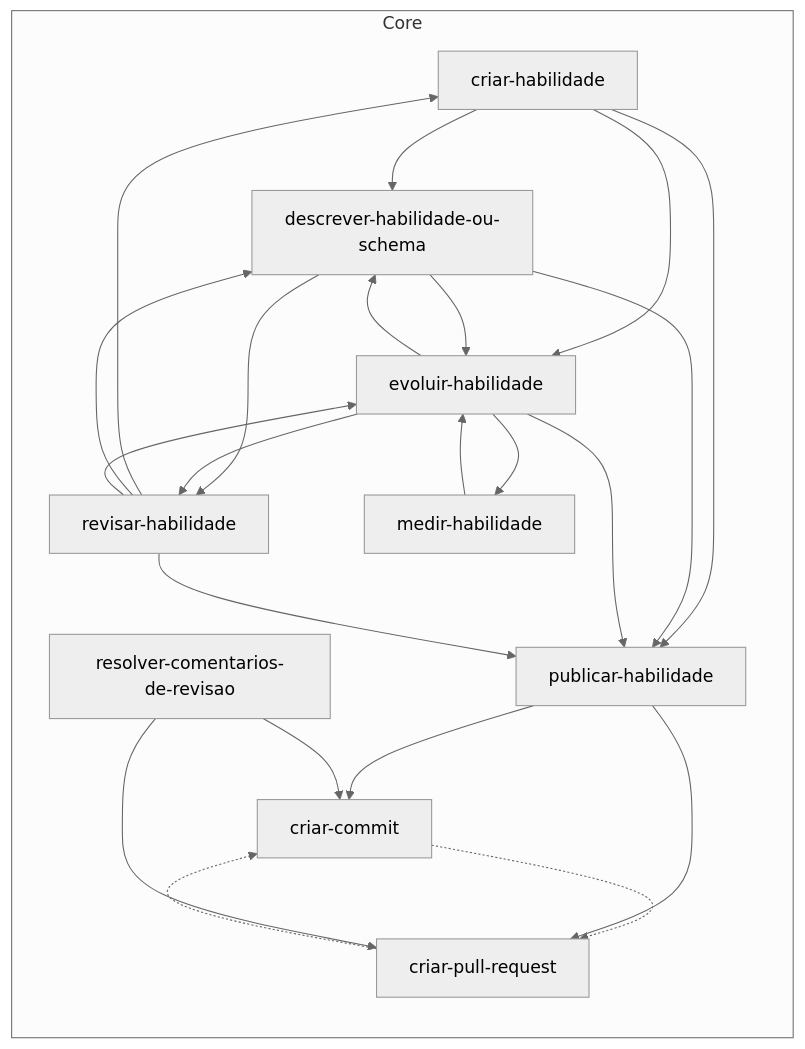
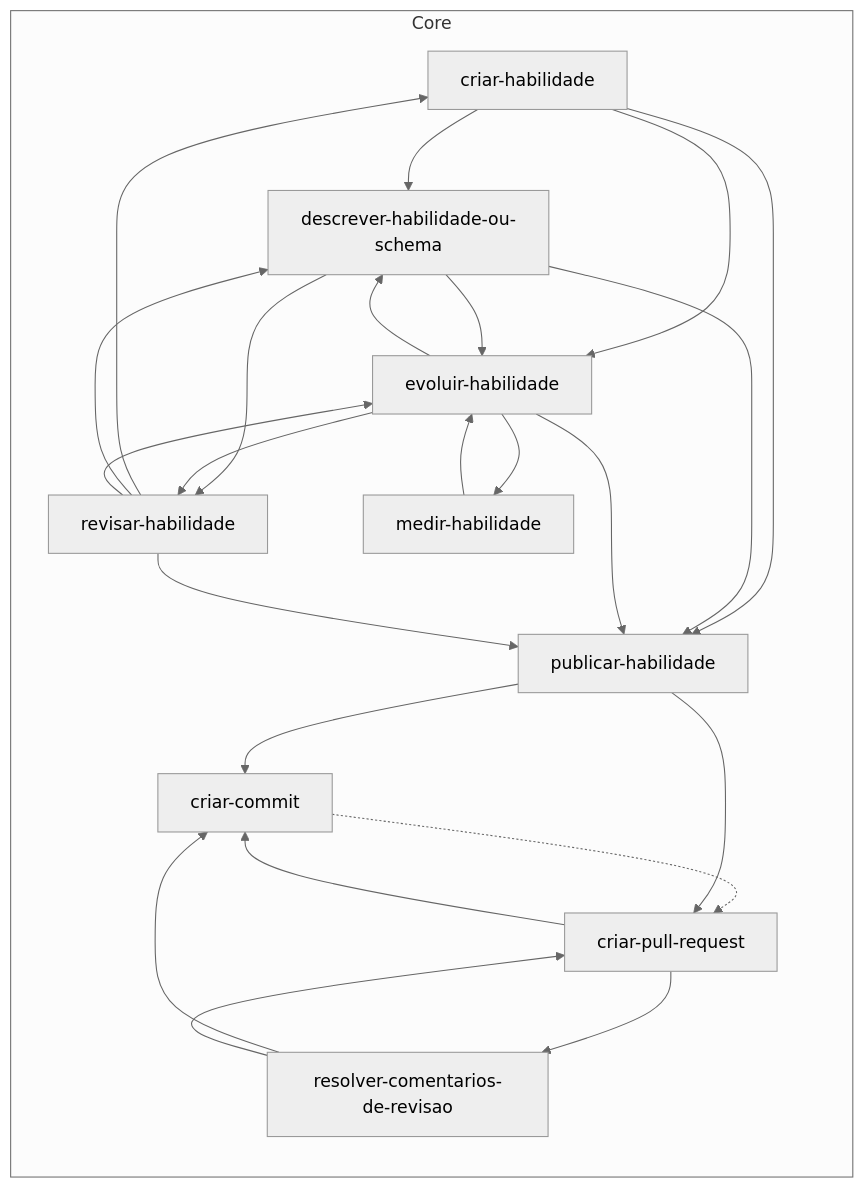
Before and after one commit to jimmyandrade/harness: the diagram in .agents/skills/README.md, drawn with Mermaid (neutral theme). The commit also changed 2 other files, not shown here.

Commit message:
feat(criar-pull-request): check comments and checks before merging (#48)
Before a merge, the skill now looks for pending review comments from
people or bots and hands them to resolver-comentarios-de-revisao, and it
holds the merge while a thread waits for the person. It then reads the
checks once. The new parameter Exigir CI verde, on by default, stops the
merge while a check fails or is pending; off, it merges and reports the
checks that did not pass.

The skill now declares metadata.related, and the skill graph shows it.

````diff
--- a/.agents/skills/README.md
+++ b/.agents/skills/README.md
@@ -11,35 +11,36 @@
 ```mermaid
 flowchart LR
   subgraph core["Core"]
     criar_commit["criar-commit"]
     criar_habilidade["criar-habilidade"]
     criar_pull_request["criar-pull-request"]
     descrever_habilidade_ou_schema["descrever-habilidade-ou-schema"]
     evoluir_habilidade["evoluir-habilidade"]
     medir_habilidade["medir-habilidade"]
     publicar_habilidade["publicar-habilidade"]
     resolver_comentarios_de_revisao["resolver-comentarios-de-revisao"]
     revisar_habilidade["revisar-habilidade"]
   end
   criar_commit -.-> criar_pull_request
   criar_habilidade --> descrever_habilidade_ou_schema
   criar_habilidade --> evoluir_habilidade
   criar_habilidade --> publicar_habilidade
-  criar_pull_request -.-> criar_commit
+  criar_pull_request --> criar_commit
+  criar_pull_request --> resolver_comentarios_de_revisao
   descrever_habilidade_ou_schema --> evoluir_habilidade
   descrever_habilidade_ou_schema --> publicar_habilidade
   descrever_habilidade_ou_schema --> revisar_habilidade
   evoluir_habilidade --> descrever_habilidade_ou_schema
   evoluir_habilidade --> medir_habilidade
   evoluir_habilidade --> publicar_habilidade
   evoluir_habilidade --> revisar_habilidade
   medir_habilidade --> evoluir_habilidade
   publicar_habilidade --> criar_commit
   publicar_habilidade --> criar_pull_request
   resolver_comentarios_de_revisao --> criar_commit
   resolver_comentarios_de_revisao --> criar_pull_request
   revisar_habilidade --> criar_habilidade
   revisar_habilidade --> descrever_habilidade_ou_schema
   revisar_habilidade --> evoluir_habilidade
   revisar_habilidade --> publicar_habilidade
 ```
````
